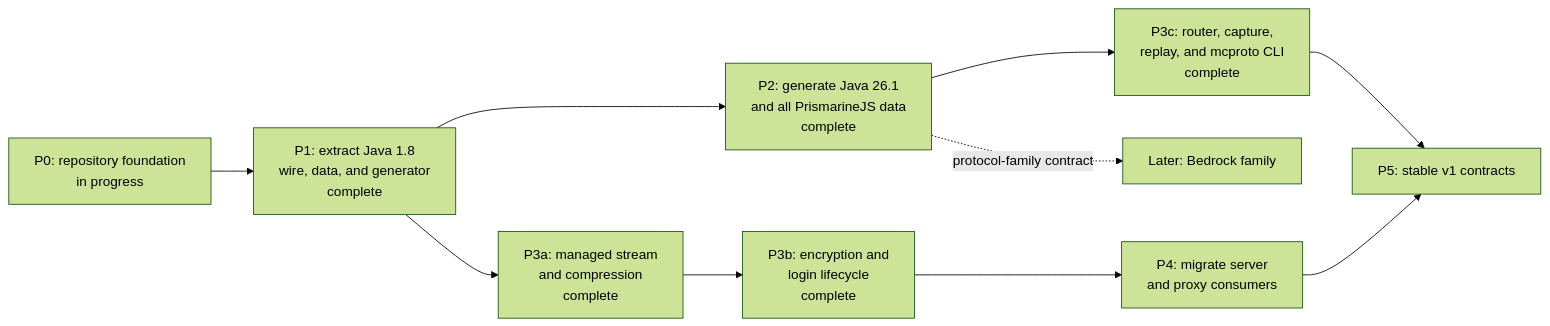
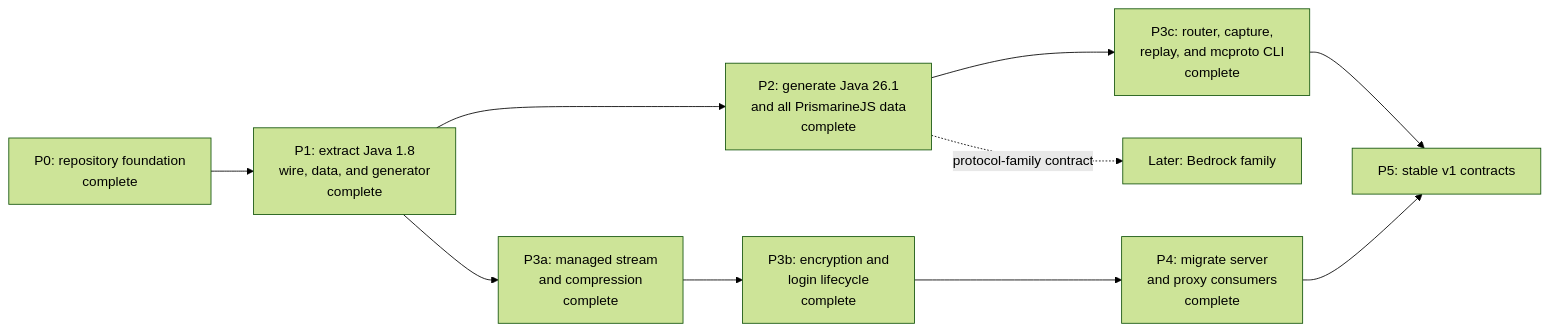
Before and after one commit to go-theft-craft/minecraft-protocol: the diagram in ROADMAP.md, drawn with Mermaid (forest theme). The commit also changed other lines of this file and 6 other files, not shown here.

First line of the commit message:
docs: mark the plans and roadmap rows that already shipped

````diff
--- a/ROADMAP.md
+++ b/ROADMAP.md
@@ -5,22 +5,22 @@
 ```mermaid
 flowchart LR
-    P0["P0: repository foundation<br/>in progress"]
+    P0["P0: repository foundation<br/>complete"]
     P1["P1: extract Java 1.8<br/>wire, data, and generator<br/>complete"]
     P2["P2: generate Java 26.1<br/>and all PrismarineJS data<br/>complete"]
     P3a["P3a: managed stream<br/>and compression<br/>complete"]
     P3b["P3b: encryption and<br/>login lifecycle<br/>complete"]
     P3c["P3c: router, capture,<br/>replay, and mcproto CLI<br/>complete"]
-    P4["P4: migrate server<br/>and proxy consumers"]
+    P4["P4: migrate server<br/>and proxy consumers<br/>complete"]
     P5["P5: stable v1 contracts"]
     PX["Later: Bedrock family"]
 
     P0 --> P1
     P1 --> P2
     P1 --> P3a
     P3a --> P3b
     P3b --> P4
     P2 --> P3c
     P3c --> P5
     P4 --> P5
     P2 -. protocol-family contract .-> PX
 ```
````
